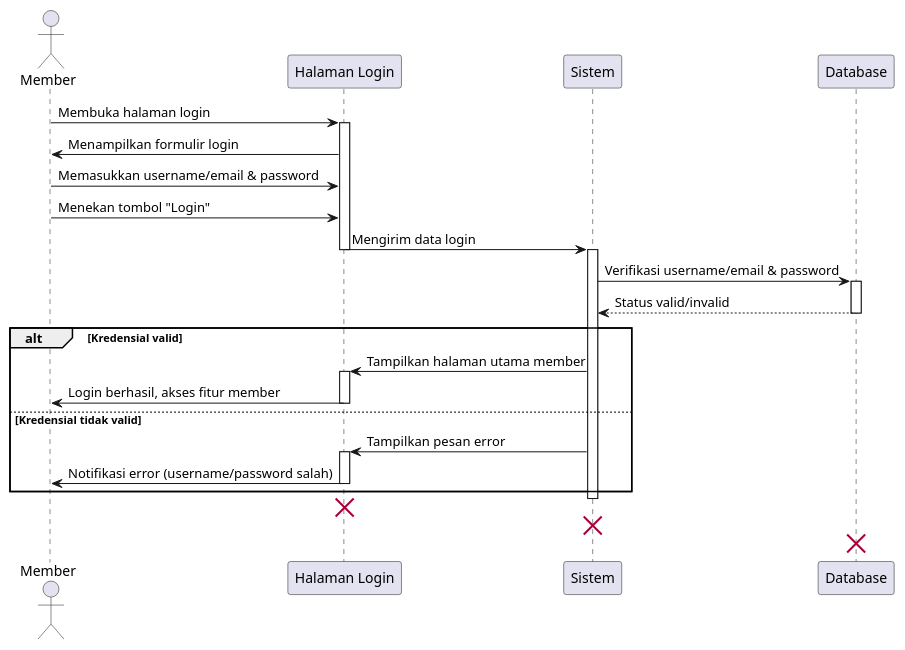
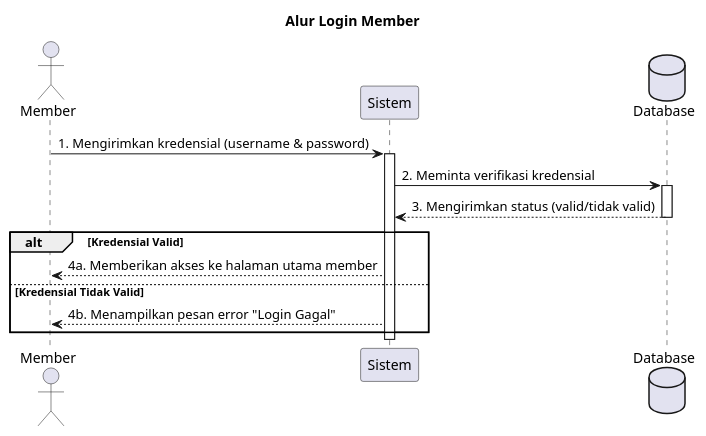
One commit to myasirnovals/Appl changed the diagram in JurnalAPPL/SequenceDiagram/Member/LoginSebagaiMember.puml. Above: the diagram before and after it, drawn with PlantUML. The commit also changed 92 other files, not shown here.

Commit message:
memperbaiki seluruh diagram

```diff
--- a/JurnalAPPL/SequenceDiagram/Member/LoginSebagaiMember.puml
+++ b/JurnalAPPL/SequenceDiagram/Member/LoginSebagaiMember.puml
@@ -1,40 +1,31 @@
 @startuml
+' //===== Konfigurasi Tampilan (Opsional) =====//
+' skinparam actorStyle awesome
+' skinparam sequenceParticipant underline
+' skinparam sequenceArrowingStyle open
+
+' //===== Definisi Aktor & Partisipan =====//
 actor Member
-participant "Halaman Login" as LoginForm
 participant "Sistem" as System
-participant "Database" as DB
+database "Database" as DB
 
-Member -> LoginForm : Membuka halaman login
-activate LoginForm
-LoginForm -> Member : Menampilkan formulir login
+' //===== Alur Diagram =====//
+title Alur Login Member
 
-Member -> LoginForm : Memasukkan username/email & password
-Member -> LoginForm : Menekan tombol "Login"
-LoginForm -> System : Mengirim data login
-deactivate LoginForm
+Member -> System : 1. Mengirimkan kredensial (username & password)
+activate System
 
-activate System
-System -> DB : Verifikasi username/email & password
+System -> DB : 2. Meminta verifikasi kredensial
 activate DB
-DB --> System : Status valid/invalid
+DB --> System : 3. Mengirimkan status (valid/tidak valid)
 deactivate DB
 
-alt Kredensial valid
-    System -> LoginForm : Tampilkan halaman utama member
-    activate LoginForm
-    LoginForm -> Member : Login berhasil, akses fitur member
-    deactivate LoginForm
-else Kredensial tidak valid
-    System -> LoginForm : Tampilkan pesan error
-    activate LoginForm
-    LoginForm -> Member : Notifikasi error (username/password salah)
-    deactivate LoginForm
+alt Kredensial Valid
+    System --> Member : 4a. Memberikan akses ke halaman utama member
+else Kredensial Tidak Valid
+    System --> Member : 4b. Menampilkan pesan error "Login Gagal"
 end
 
 deactivate System
 
-destroy LoginForm
-destroy System
-destroy DB
-
 @enduml
```
